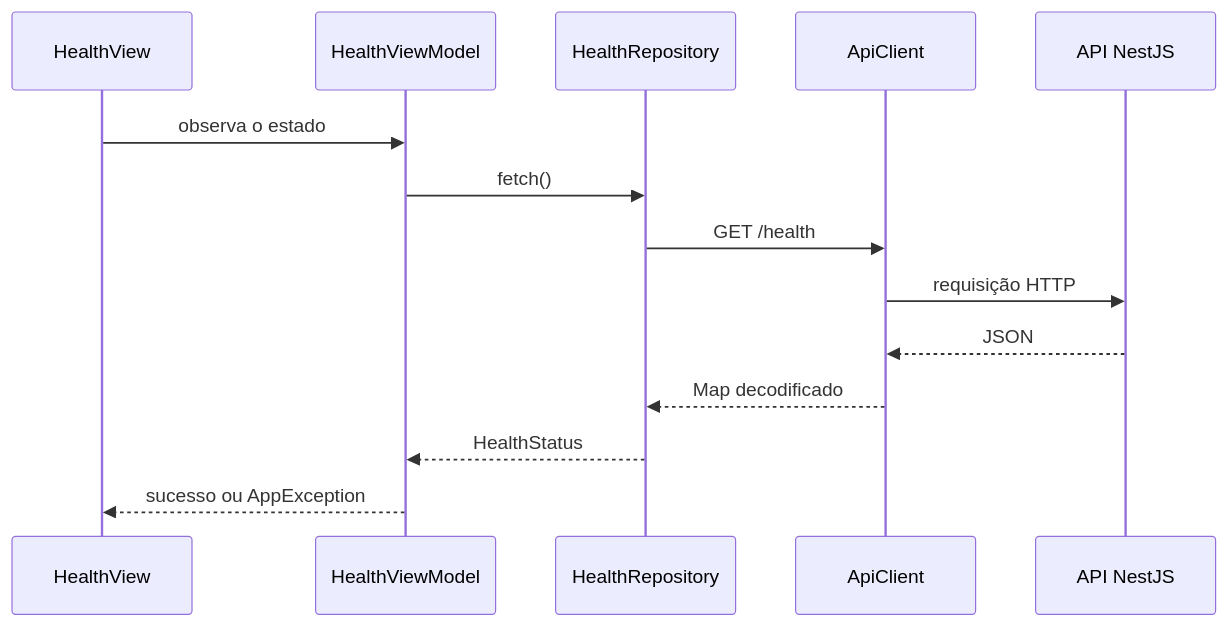
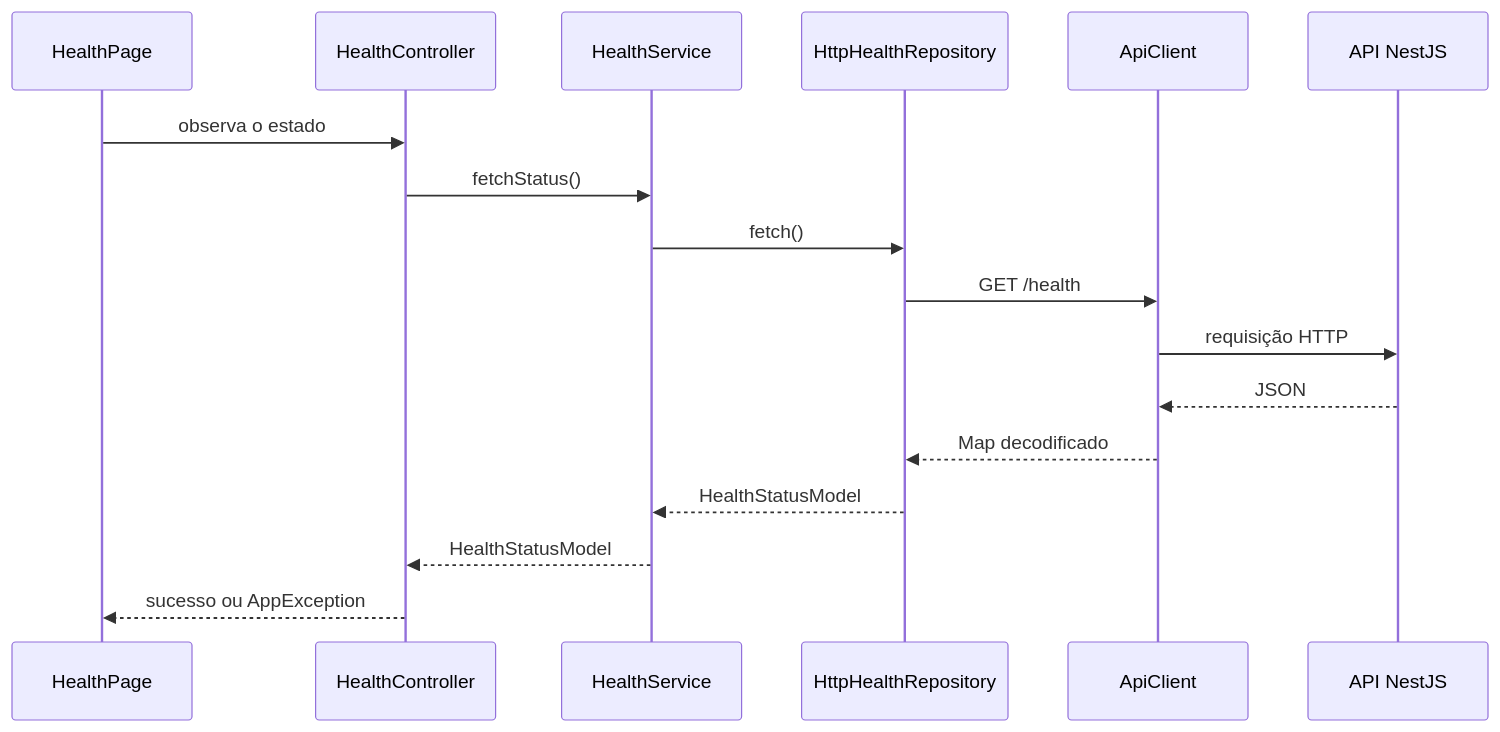
The second of 2 diagrams in frontend/docs/13-fundacao.md (DanielSameque/Otzar), drawn with Mermaid before and after one commit. The commit also changed other lines of this file and 85 other files, not shown here.

````diff
--- a/frontend/docs/13-fundacao.md
+++ b/frontend/docs/13-fundacao.md
@@ -110,17 +147,20 @@
 ```mermaid
 sequenceDiagram
-    participant V as HealthView
-    participant VM as HealthViewModel
-    participant R as HealthRepository
+    participant V as HealthPage
+    participant CT as HealthController
+    participant S as HealthService
+    participant R as HttpHealthRepository
     participant C as ApiClient
     participant A as API NestJS
 
-    V->>VM: observa o estado
-    VM->>R: fetch()
+    V->>CT: observa o estado
+    CT->>S: fetchStatus()
+    S->>R: fetch()
     R->>C: GET /health
     C->>A: requisição HTTP
     A-->>C: JSON
     C-->>R: Map decodificado
-    R-->>VM: HealthStatus
-    VM-->>V: sucesso ou AppException
+    R-->>S: HealthStatusModel
+    S-->>CT: HealthStatusModel
+    CT-->>V: sucesso ou AppException
 ```
````
